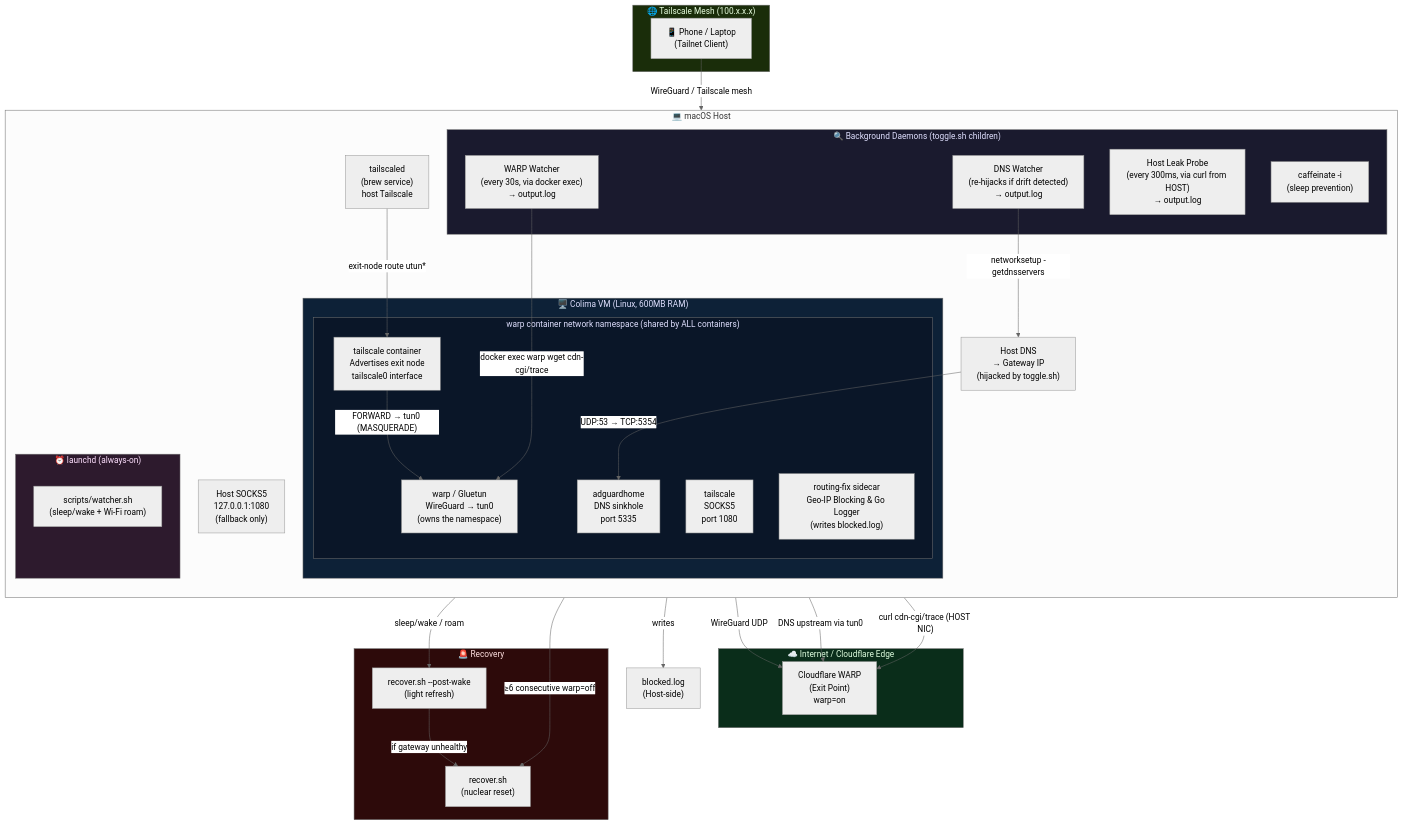
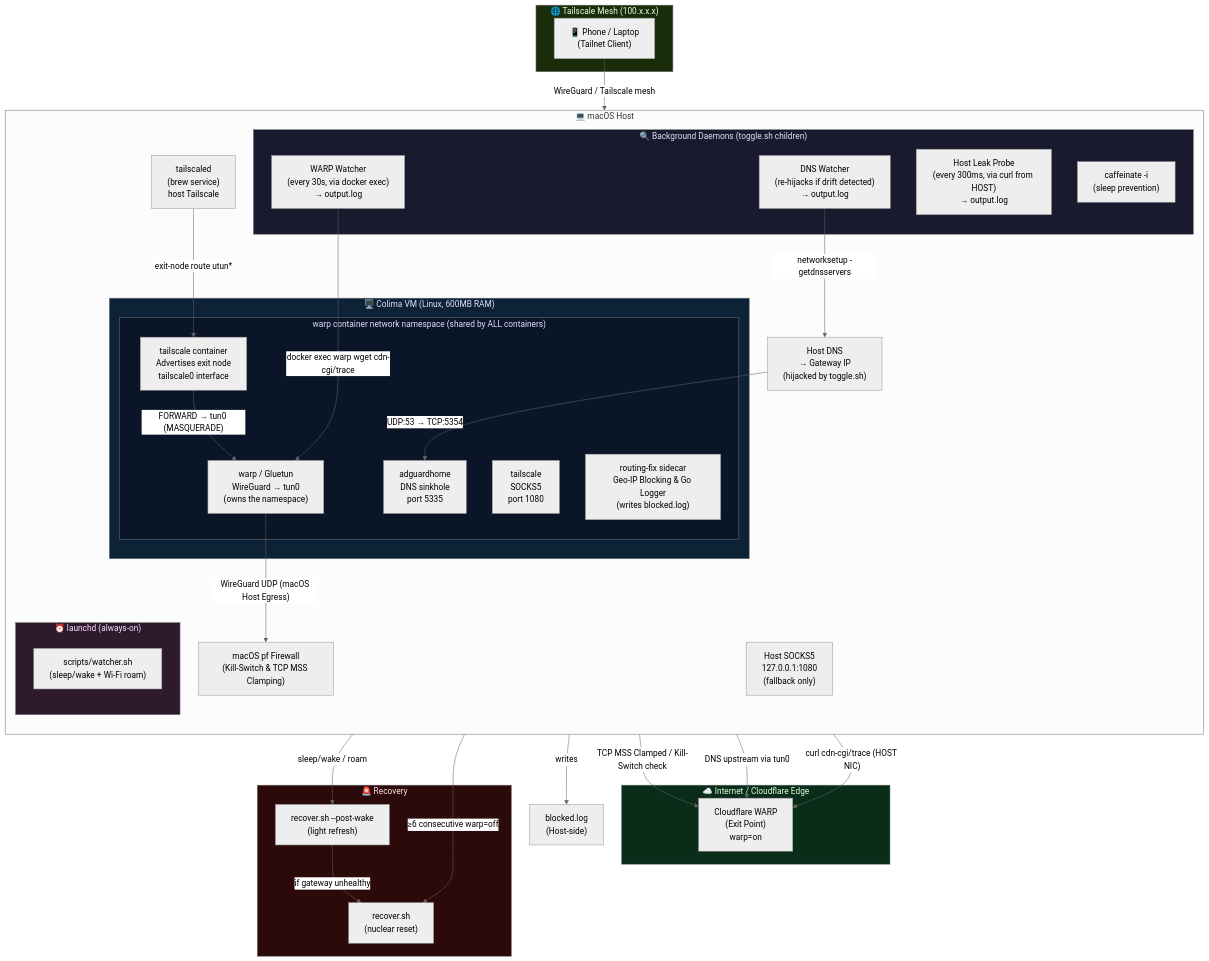
The first of 7 diagrams in diagrams.md (OmarAlaaeldein/nullexit), drawn with Mermaid (neutral theme) before and after one commit. The commit also changed other lines of this file and 4 other files, not shown here.

First line of the commit message:
docs: comprehensive MTU optimization & bufferbloat fix, update architecture

````diff
--- a/diagrams.md
+++ b/diagrams.md
@@ -7,74 +7,76 @@
 ```mermaid
 graph TB
     subgraph INTERNET["☁️  Internet / Cloudflare Edge"]
         CF["Cloudflare WARP\n(Exit Point)\nwarp=on"]
     end
 
     subgraph TAILNET["🌐 Tailscale Mesh (100.x.x.x)"]
         PHONE["📱 Phone / Laptop\n(Tailnet Client)"]
     end
 
     subgraph MACHOST["💻 macOS Host"]
         direction TB
+        PFFIREWALL["macOS pf Firewall\n(Kill-Switch & TCP MSS Clamping)"]
         TSDAEMON["tailscaled\n(brew service)\nhost Tailscale"]
         HOSTDNS["Host DNS\n→ Gateway IP\n(hijacked by toggle.sh)"]
         HOSTSOCKS["Host SOCKS5\n127.0.0.1:1080\n(fallback only)"]
 
         subgraph MONITORS["🔍 Background Daemons (toggle.sh children)"]
             WARPWATCH["WARP Watcher\n(every 30s, via docker exec)\n→ output.log"]
             LEAKPROBE["Host Leak Probe\n(every 300ms, via curl from HOST)\n→ output.log"]
             DNSWATCHER["DNS Watcher\n(re-hijacks if drift detected)\n→ output.log"]
             CAFFEINATE["caffeinate -i\n(sleep prevention)"]
         end
 
         subgraph COLIMAVM["🖥️  Colima VM (Linux, 600MB RAM)"]
             subgraph NETNS["warp container network namespace (shared by ALL containers)"]
                 GLUETUN["warp / Gluetun\nWireGuard → tun0\n(owns the namespace)"]
                 TS["tailscale container\nAdvertises exit node\ntailscale0 interface"]
                 SOCKS["tailscale\nSOCKS5\nport 1080"]
                 ADGUARD["adguardhome\nDNS sinkhole\nport 5335"]
                 ROUTINGFIX["routing-fix sidecar\nGeo-IP Blocking & Go Logger\n(writes blocked.log)"]
             end
         end
 
         subgraph LAUNCHD["⏰ launchd (always-on)"]
             WATCHER["scripts/watcher.sh\n(sleep/wake + Wi-Fi roam)"]
         end
     end
 
     subgraph RECOVERY["🚨 Recovery"]
         RECOVER["recover.sh\n(nuclear reset)"]
         RECOVERPOST["recover.sh --post-wake\n(light refresh)"]
     end
 
     %% Traffic flow
     PHONE -->|"WireGuard / Tailscale mesh"| TSDAEMON
     TSDAEMON -->|"exit-node route utun*"| TS
     TS -->|"FORWARD → tun0 (MASQUERADE)"| GLUETUN
-    GLUETUN -->|"WireGuard UDP"| CF
+    GLUETUN -->|"WireGuard UDP (macOS Host Egress)"| PFFIREWALL
+    PFFIREWALL -->|"TCP MSS Clamped / Kill-Switch check"| CF
 
     %% DNS
     HOSTDNS -->|"UDP:53 → TCP:5354"| ADGUARD
     ADGUARD -->|"DNS upstream via tun0"| CF
 
     %% Monitoring
     WARPWATCH -->|"docker exec warp wget cdn-cgi/trace"| GLUETUN
     LEAKPROBE -->|"curl cdn-cgi/trace (HOST NIC)"| CF
     DNSWATCHER -->|"networksetup -getdnsservers"| HOSTDNS
 
     %% Logging
     ROUTINGFIX -->|"writes"| BLOCKEDLOG["blocked.log\n(Host-side)"]
 
     %% Recovery triggers
     WARPWATCH -->|"≥6 consecutive warp=off"| RECOVER
     WATCHER -->|"sleep/wake / roam"| RECOVERPOST
     RECOVERPOST -->|"if gateway unhealthy"| RECOVER
 
     style MONITORS fill:#1a1a2e,color:#e0e0ff
     style COLIMAVM fill:#0d2137,color:#e0e0ff
     style NETNS fill:#0a1628,color:#e0e0ff
     style RECOVERY fill:#2d0a0a,color:#ffe0e0
     style INTERNET fill:#0a2d1a,color:#e0ffe0
     style TAILNET fill:#1a2d0a,color:#e8ffe0
     style LAUNCHD fill:#2d1a2d,color:#ffe0ff
 ```
````
